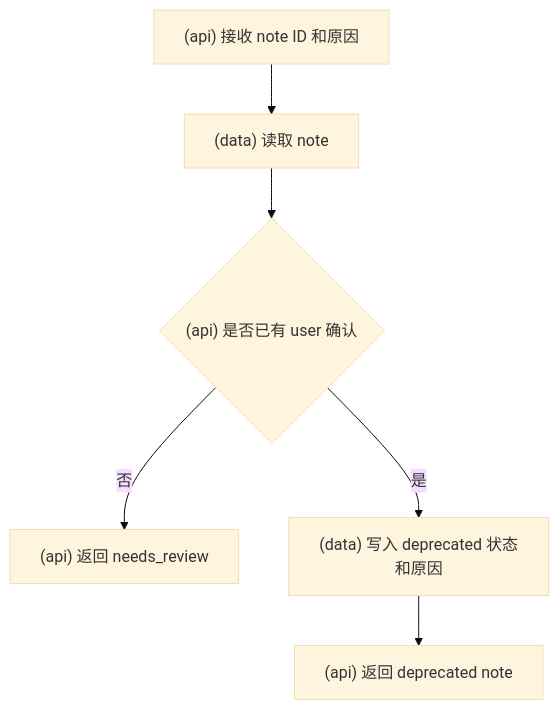
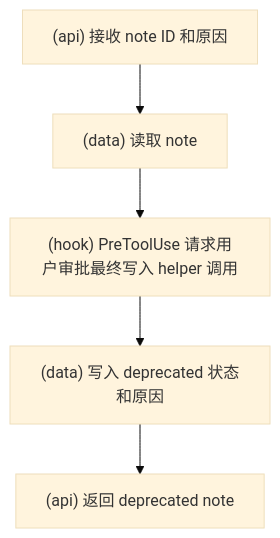
Before and after one commit to srangerme/KBManager: diagram 19 of 21 in docs/流程图.md, drawn with Mermaid (base theme). The commit also changed other lines of this file and 48 other files, not shown here.

````diff
--- a/docs/流程图.md
+++ b/docs/流程图.md
@@ -262,8 +263,7 @@
 ```mermaid
 flowchart TD
   A["(api) 接收 note ID 和原因"] --> B["(data) 读取 note"]
-  B --> C{"(api) 是否已有 user 确认"}
-  C -- 否 --> D["(api) 返回 needs_review"]
-  C -- 是 --> E["(data) 写入 deprecated 状态和原因"]
+  B --> C["(hook) PreToolUse 请求用户审批最终写入 helper 调用"]
+  C --> E["(data) 写入 deprecated 状态和原因"]
   E --> F["(api) 返回 deprecated note"]
 ```
````
